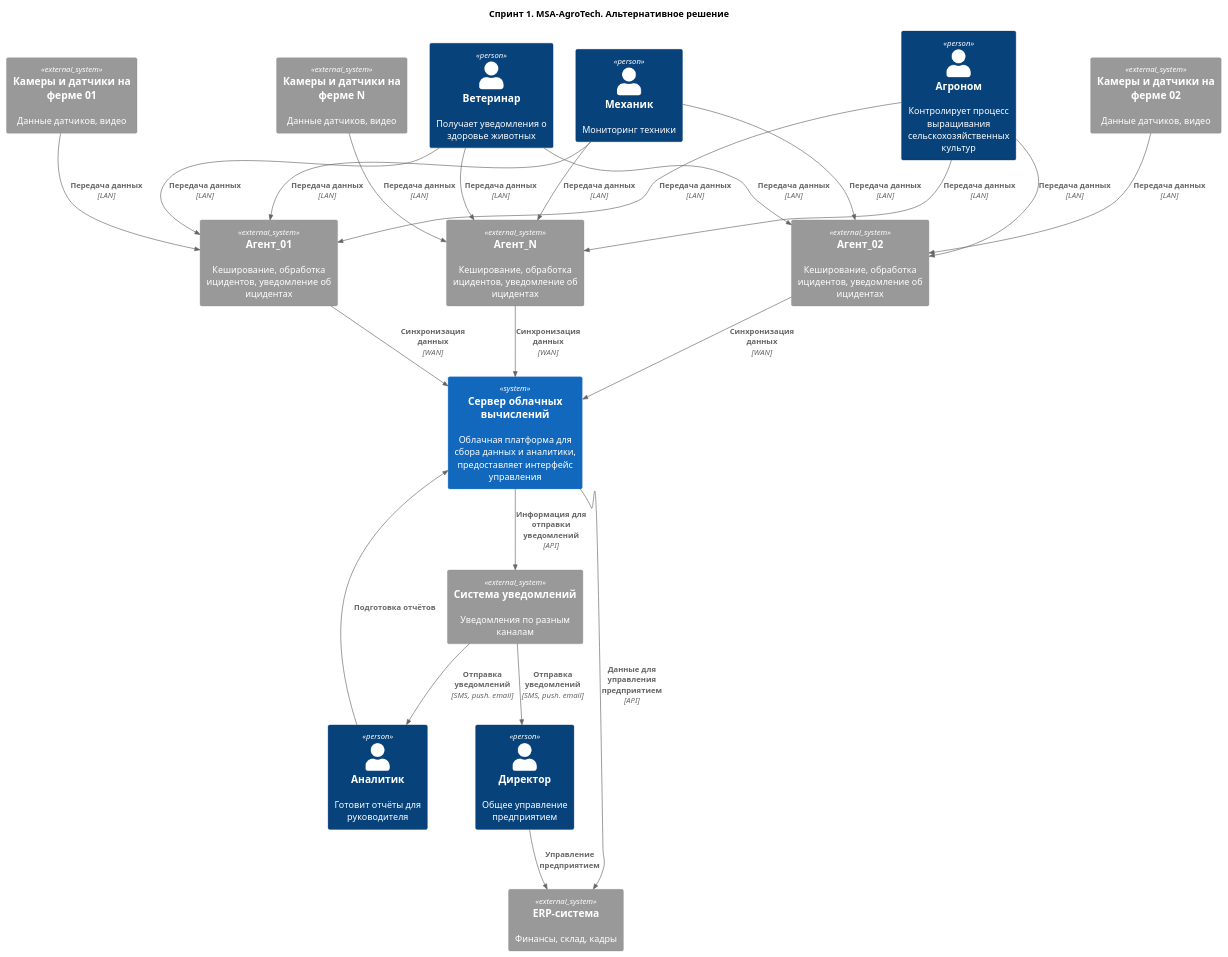
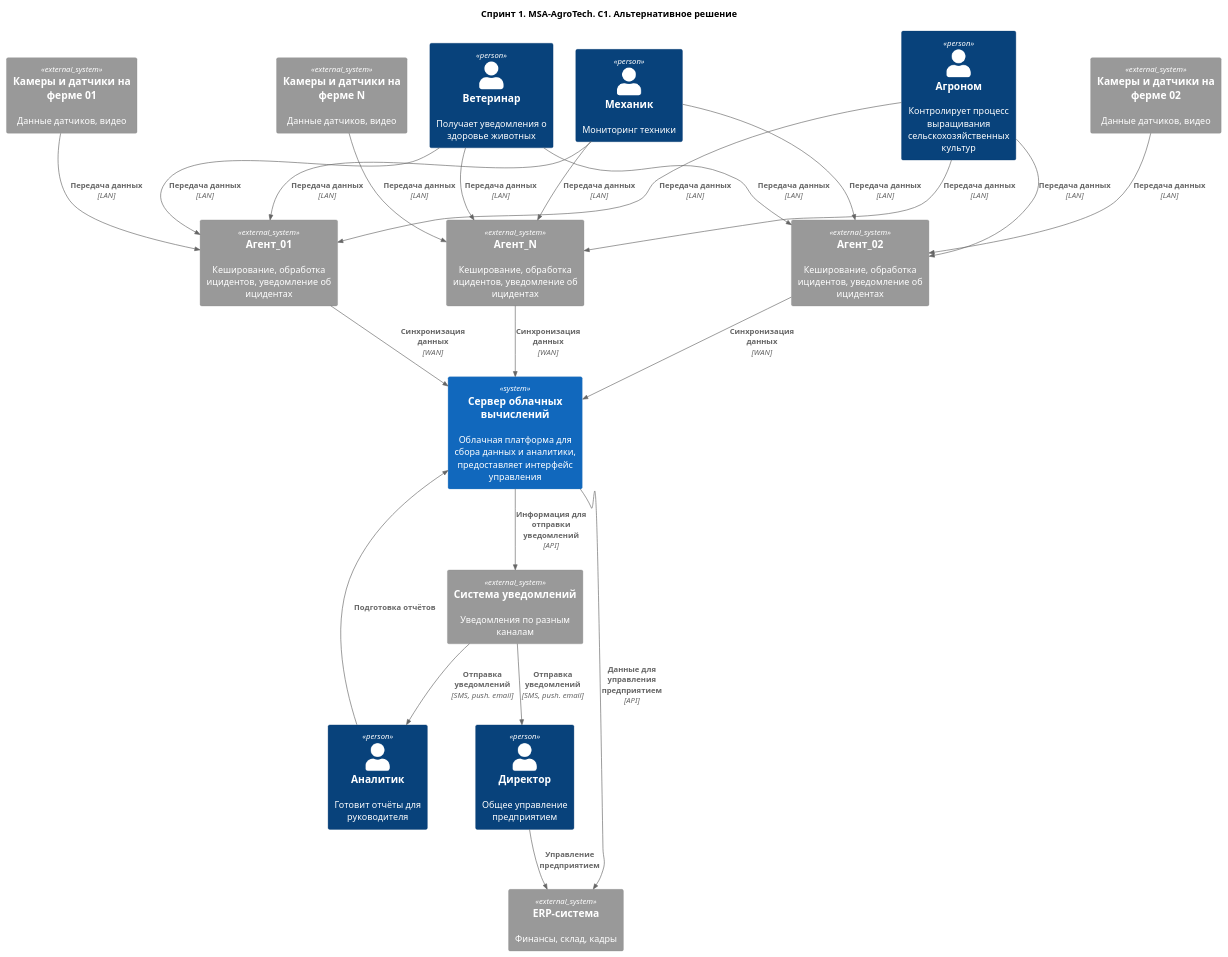
The diagram in Task1/task1_c1alt.puml (EtGr84/MSA-AgroTech), drawn with PlantUML before and after one commit.

```diff
--- a/Task1/task1_c1alt.puml
+++ b/Task1/task1_c1alt.puml
@@ -1,54 +1,54 @@
 @startuml 
 
 !include <C4/C4_Context>
 
-title Спринт 1. MSA-AgroTech. Альтернативное решение
+title Спринт 1. MSA-AgroTech. C1. Альтернативное решение
 
 Person(mech, "Механик", "Мониторинг техники")
 Person(vet, "Ветеринар", "Получает уведомления о здоровье животных")
 Person(agro, "Агроном", "Контролирует процесс выращивания сельскохозяйственных культур")
 Person(analit, "Аналитик", "Готовит отчёты для руководителя")
 Person(director, "Директор", "Общее управление предприятием")
 
 System_Ext(farmAgent_1, "Агент_01", "Кеширование, обработка ицидентов, уведомление об ицидентах")
 System_Ext(farmAgent_2, "Агент_02", "Кеширование, обработка ицидентов, уведомление об ицидентах")
 System_Ext(farmAgent_N, "Агент_N", "Кеширование, обработка ицидентов, уведомление об ицидентах")
 System_Ext(cameras_1, "Камеры и датчики на ферме 01", "Данные датчиков, видео")
 System_Ext(cameras_2, "Камеры и датчики на ферме 02", "Данные датчиков, видео")
 System_Ext(cameras_N, "Камеры и датчики на ферме N", "Данные датчиков, видео")
 System(saas, "Сервер облачных вычислений", "Облачная платформа для сбора данных и аналитики, предоставляет интерфейс управления")
 System_Ext(notify, "Система уведомлений", "Уведомления по разным каналам")
 System_Ext(erp, "ERP-система", "Финансы, склад, кадры")
 'System_Ext(bi, "BI-система", "Подготовка очетов")
 
 
 Rel(cameras_1, farmAgent_1, "Передача данных", LAN)
 Rel(cameras_2, farmAgent_2, "Передача данных", LAN)
 Rel(cameras_N, farmAgent_N, "Передача данных", LAN)
 
 Rel(mech, farmAgent_1, "Передача данных", LAN)
 Rel(mech, farmAgent_2, "Передача данных", LAN)
 Rel(mech, farmAgent_N, "Передача данных", LAN)
 
 Rel(vet, farmAgent_1, "Передача данных", LAN)
 Rel(vet, farmAgent_2, "Передача данных", LAN)
 Rel(vet, farmAgent_N, "Передача данных", LAN)
 
 Rel(agro, farmAgent_1, "Передача данных", LAN)
 Rel(agro, farmAgent_2, "Передача данных", LAN)
 Rel(agro, farmAgent_N, "Передача данных", LAN)
 
 Rel(farmAgent_1, saas, "Синхронизация данных", WAN)
 Rel(farmAgent_2, saas, "Синхронизация данных", WAN)
 Rel(farmAgent_N, saas, "Синхронизация данных", WAN)
 
 Rel(saas, notify, "Информация для отправки уведомлений", "API")
 Rel(saas, erp, "Данные для управления предприятием", API)
 
 Rel(notify, director, "Отправка уведомлений", "SMS, push. email")
 Rel(notify, analit, "Отправка уведомлений", "SMS, push. email")
 Rel(director, erp, "Управление предприятием")
 Rel(analit, saas, "Подготовка отчётов")
 
 
 @enduml
```
